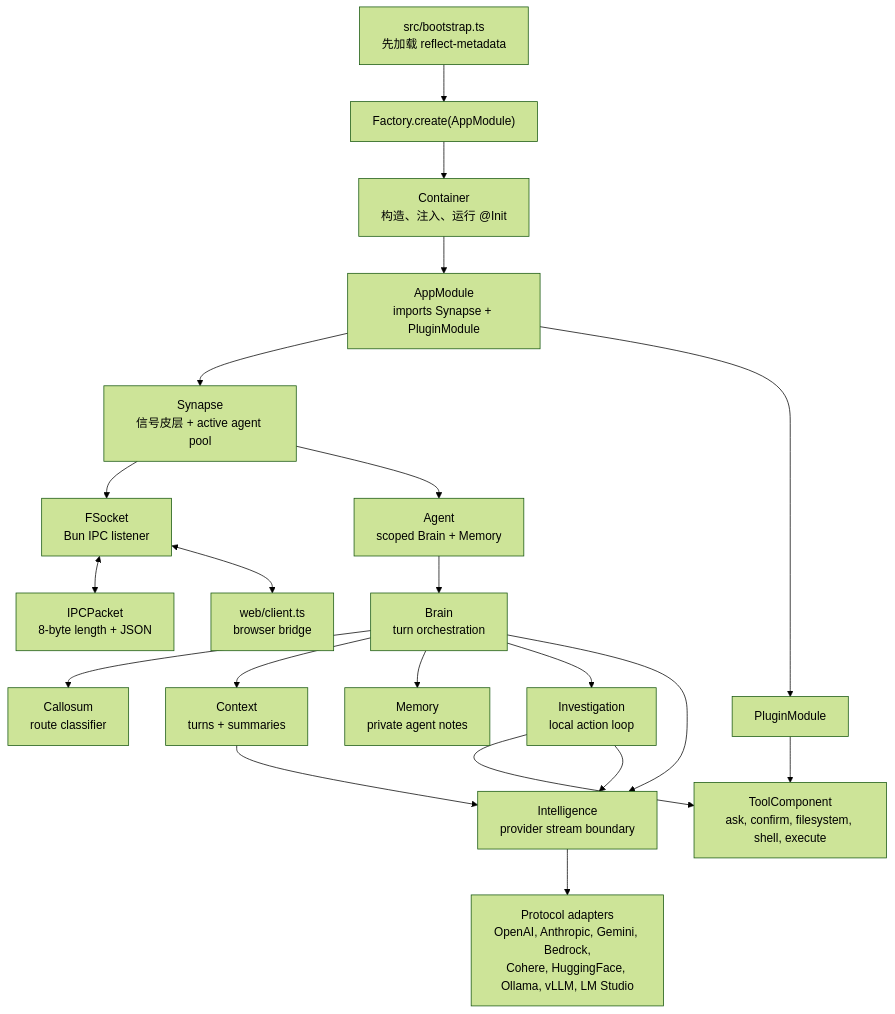
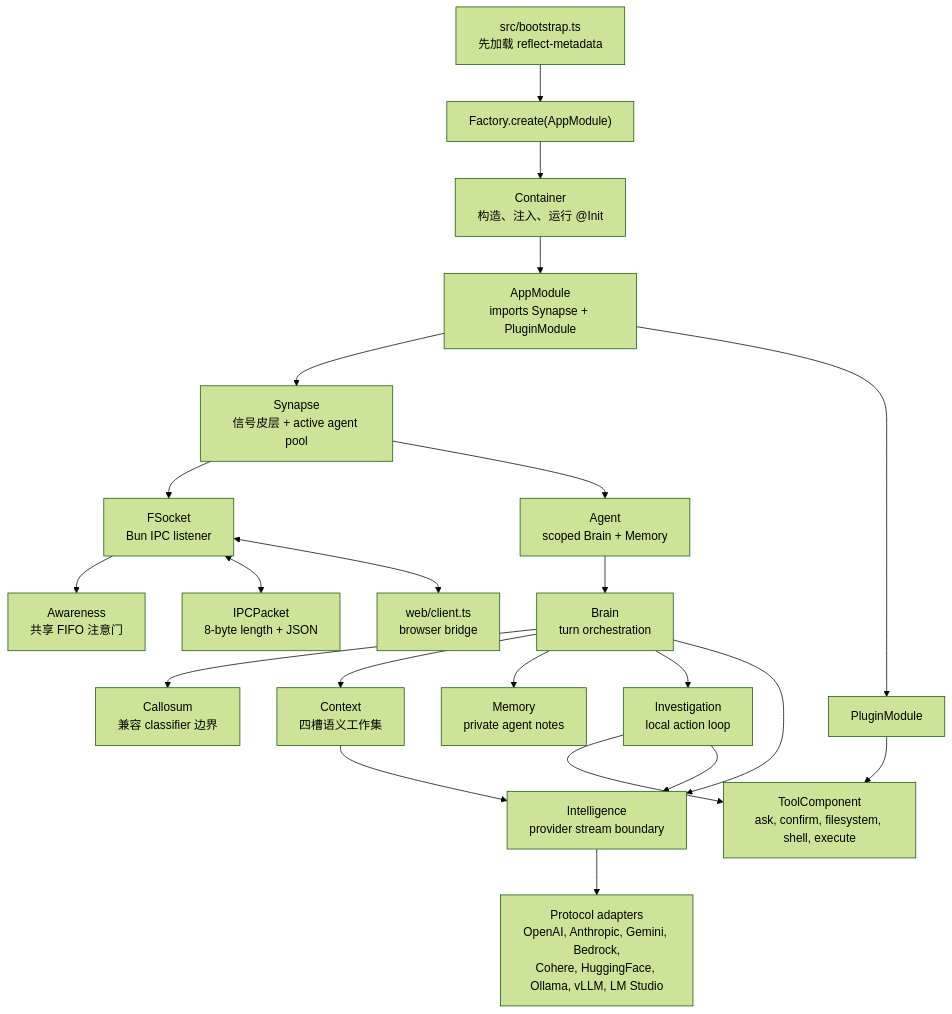
The first of 3 diagrams in README.zh.cn.md (flyflor/flyflor), drawn with Mermaid (forest theme) before and after one commit. The commit also changed other lines of this file and 54 other files, not shown here.

````diff
--- a/README.zh.cn.md
+++ b/README.zh.cn.md
@@ -28,26 +28,27 @@
 ```mermaid
 flowchart TB
     Bootstrap["src/bootstrap.ts<br/>先加载 reflect-metadata"] --> Factory["Factory.create(AppModule)"]
     Factory --> Container["Container<br/>构造、注入、运行 @Init"]
     Container --> AppModule["AppModule<br/>imports Synapse + PluginModule"]
 
     AppModule --> Synapse["Synapse<br/>信号皮层 + active agent pool"]
     AppModule --> PluginModule["PluginModule"]
     PluginModule --> Tools["ToolComponent<br/>ask, confirm, filesystem, shell, execute"]
 
     Synapse --> Socket["FSocket<br/>Bun IPC listener"]
+    Socket --> Awareness["Awareness<br/>共享 FIFO 注意门"]
     Socket <--> Packet["IPCPacket<br/>8-byte length + JSON"]
     Socket <--> Client["web/client.ts<br/>browser bridge"]
 
     Synapse --> Agent["Agent<br/>scoped Brain + Memory"]
     Agent --> Brain["Brain<br/>turn orchestration"]
-    Brain --> Callosum["Callosum<br/>route classifier"]
-    Brain --> Context["Context<br/>turns + summaries"]
+    Brain --> Callosum["Callosum<br/>兼容 classifier 边界"]
+    Brain --> Context["Context<br/>四槽语义工作集"]
     Brain --> Memory["Memory<br/>private agent notes"]
     Brain --> Investigation["Investigation<br/>local action loop"]
     Brain --> Intelligence["Intelligence<br/>provider stream boundary"]
     Context --> Intelligence
     Investigation --> Tools
     Investigation --> Intelligence
     Intelligence --> Protocols["Protocol adapters<br/>OpenAI, Anthropic, Gemini, Bedrock,<br/>Cohere, HuggingFace, Ollama, vLLM, LM Studio"]
 ```
````
